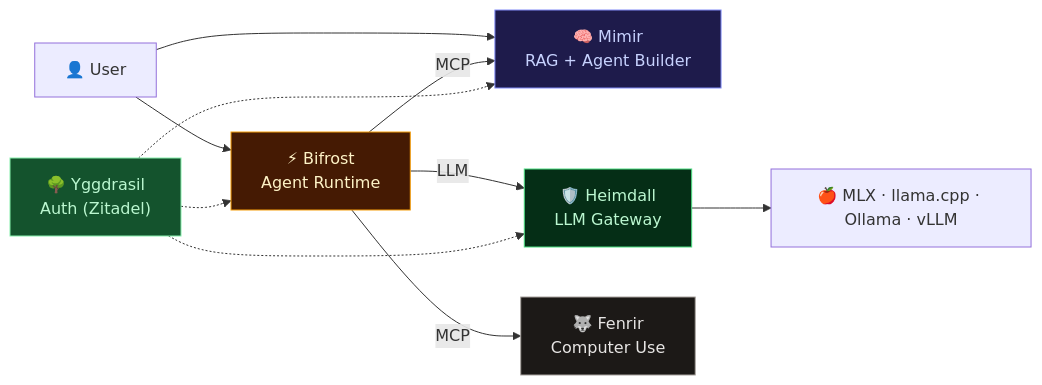
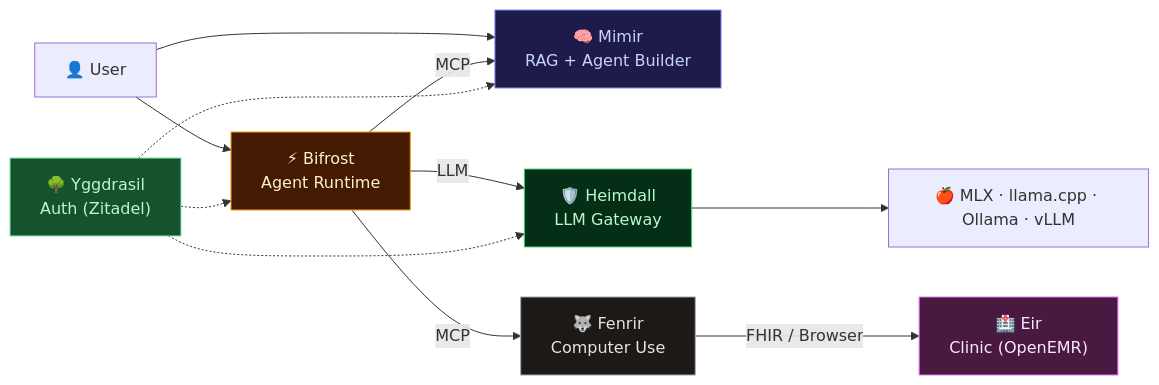
One commit to MegaWiz-Dev-Team/Asgard changed the diagram in README.md. Above: the diagram before and after it, drawn with Mermaid. The commit also changed other lines of this file and 6 other files, not shown here.

First line of the commit message:
docs: update Fenrir to Python (Browser Use + FHIR) and add Eir (OpenEMR)

````diff
--- a/README.md
+++ b/README.md
@@ -15,21 +15,24 @@
 ```mermaid
 graph LR
     User["👤 User"] --> Mimir["🧠 Mimir<br/>RAG + Agent Builder"]
     User --> Bifrost["⚡ Bifrost<br/>Agent Runtime"]
 
     Bifrost --> |"LLM"| Heimdall["🛡️ Heimdall<br/>LLM Gateway"]
     Bifrost --> |"MCP"| Mimir
     Bifrost --> |"MCP"| Fenrir["🐺 Fenrir<br/>Computer Use"]
+
+    Fenrir --> |"FHIR / Browser"| Eir["🏥 Eir<br/>Clinic (OpenEMR)"]
 
     Heimdall --> LLM["🍎 MLX · llama.cpp · Ollama · vLLM"]
 
     Yggdrasil["🌳 Yggdrasil<br/>Auth (Zitadel)"] -.-> Heimdall
     Yggdrasil -.-> Mimir
     Yggdrasil -.-> Bifrost
 
     style Mimir fill:#1e1b4b,stroke:#818cf8,color:#c7d2fe
     style Bifrost fill:#451a03,stroke:#f59e0b,color:#fef3c7
     style Heimdall fill:#052e16,stroke:#4ade80,color:#bbf7d0
     style Fenrir fill:#1c1917,stroke:#a8a29e,color:#e7e5e4
+    style Eir fill:#4a1942,stroke:#e879f9,color:#fae8ff
     style Yggdrasil fill:#14532d,stroke:#86efac,color:#bbf7d0
 ```
````
